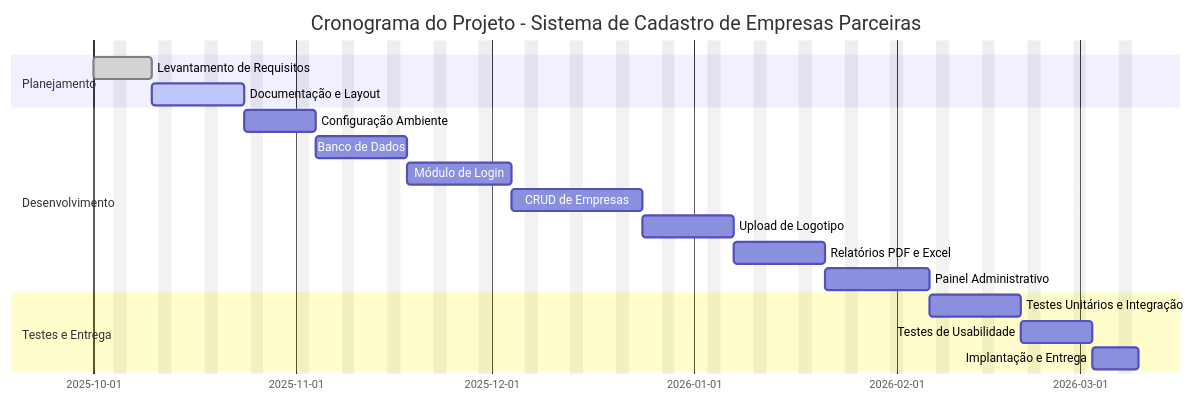
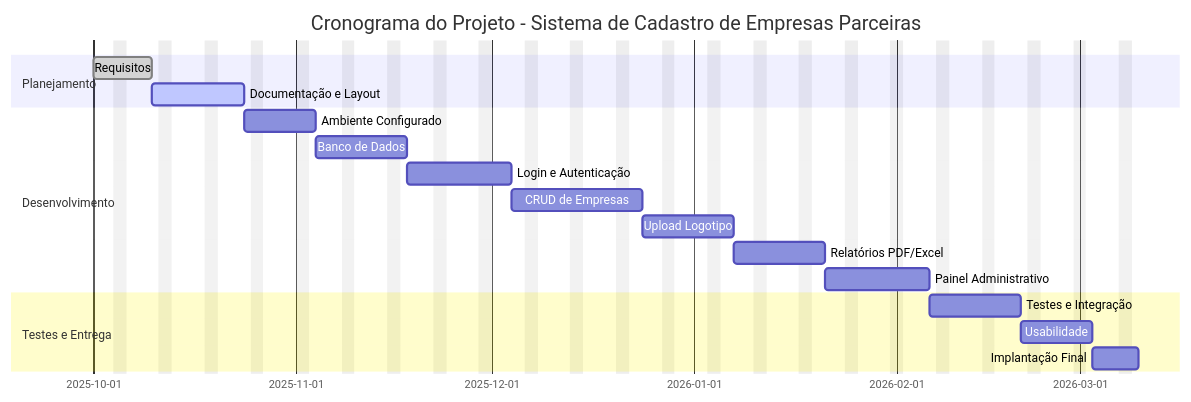
One commit to ViniSouzaCosta/atv-gantt-crystal changed the diagram in README.md. Above: the diagram before and after it, drawn with Mermaid.

````diff
--- a/README.md
+++ b/README.md
@@ -3,26 +3,27 @@
 ```mermaid
 gantt
     dateFormat  YYYY-MM-DD
     title Cronograma do Projeto - Sistema de Cadastro de Empresas Parceiras
     excludes weekends
 
     section Planejamento
-    Levantamento de Requisitos           :done,    reqs, 2025-10-01, 7d
-    Documentação e Layout                :active,  docs, after reqs, 10d
+    Requisitos                     :done,    reqs, 2025-10-01, 7d
+    Documentação e Layout           :active,  docs, after reqs, 10d
 
     section Desenvolvimento
-    Configuração Ambiente                :dev1, after docs, 7d
-    Banco de Dados                       :dev2, after dev1, 10d
-    Módulo de Login                      :dev3, after dev2, 12d
-    CRUD de Empresas                     :dev4, after dev3, 14d
-    Upload de Logotipo                   :dev5, after dev4, 10d
-    Relatórios PDF e Excel               :dev6, after dev5, 10d
-    Painel Administrativo                :dev7, after dev6, 12d
+    Ambiente Configurado            :dev1, after docs, 7d
+    Banco de Dados                  :dev2, after dev1, 10d
+    Login e Autenticação            :dev3, after dev2, 12d
+    CRUD de Empresas                :dev4, after dev3, 14d
+    Upload Logotipo                 :dev5, after dev4, 10d
+    Relatórios PDF/Excel            :dev6, after dev5, 10d
+    Painel Administrativo           :dev7, after dev6, 12d
 
     section Testes e Entrega
-    Testes Unitários e Integração        :qa1, after dev7, 10d
-    Testes de Usabilidade                :qa2, after qa1, 7d
-    Implantação e Entrega                :deliver, after qa2, 5d
+    Testes e Integração             :qa1, after dev7, 10d
+    Usabilidade                     :qa2, after qa1, 7d
+    Implantação Final               :deliver, after qa2, 5d
+
 
 
   ```
````
